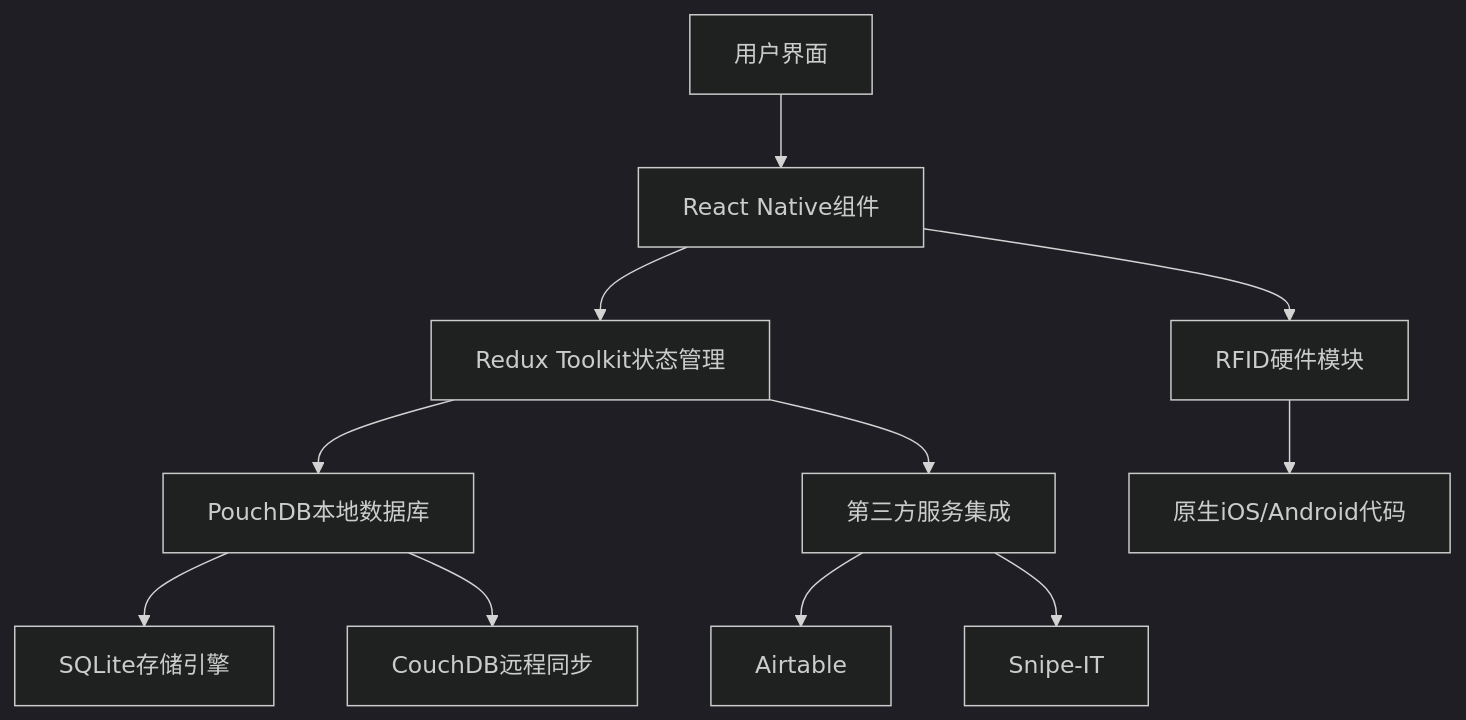
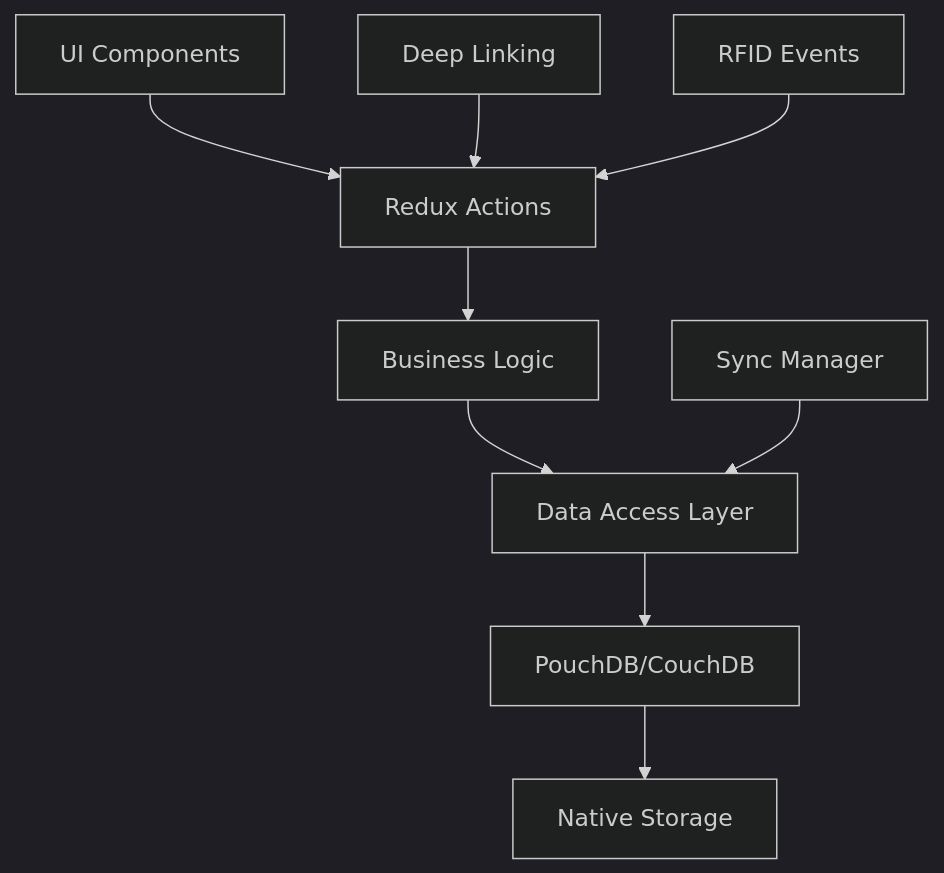
One commit to JiangLongLiu/Inventory changed the second of 6 diagrams in .qoder/repowiki/zh/content/项目概述.md. Above: the diagram before and after it, drawn with Mermaid (dark theme). The commit also changed other lines of this file and 8 other files, not shown here.

````diff
--- a/.qoder/repowiki/zh/content/项目概述.md
+++ b/.qoder/repowiki/zh/content/项目概述.md
@@ -114,13 +101,11 @@
 ```mermaid
 graph TD
-A[用户界面] --> B[React Native组件]
-B --> C[Redux Toolkit状态管理]
-C --> D[PouchDB本地数据库]
-D --> E[SQLite存储引擎]
-D --> F[CouchDB远程同步]
-C --> G[第三方服务集成]
-G --> H[Airtable]
-G --> I[Snipe-IT]
-B --> J[RFID硬件模块]
-J --> K[原生iOS/Android代码]
+A[UI Components] --> B[Redux Actions]
+B --> C[Business Logic]
+C --> D[Data Access Layer]
+D --> E[PouchDB/CouchDB]
+E --> F[Native Storage]
+G[Deep Linking] --> B
+H[RFID Events] --> B
+I[Sync Manager] --> D
 ```
````
